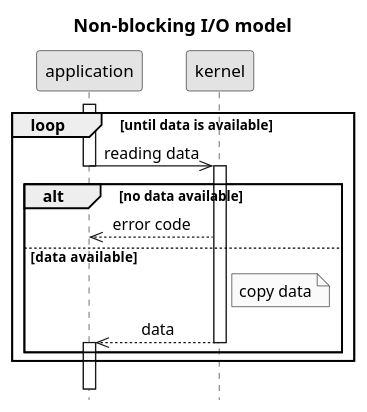
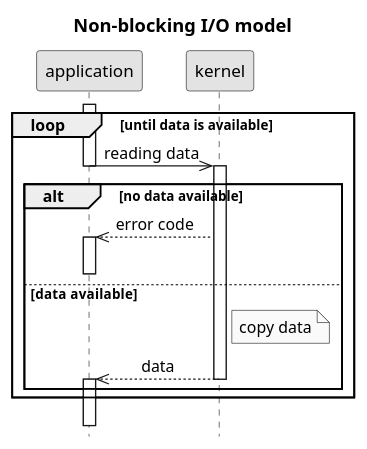
One commit to c0p4c4b4n4/demo-sockets-io-nio-nio2 changed the diagram in .images/non-blocking IO model.puml. Above: the diagram before and after it, drawn with PlantUML. The commit also changed 1 other file, not shown here.

```diff
--- a/.images/non-blocking IO model.puml
+++ b/.images/non-blocking IO model.puml
@@ -1,23 +1,25 @@
 @startuml
 title Non-blocking I/O model
 hide footbox
 skinparam monochrome true
 skinparam defaultFontName Microsoft Sans Serif
 skinparam titleFontSize 15
 skinparam sequenceMessageAlign center
 activate application
 loop until data is available
     application->>kernel: reading data
     deactivate application
     activate kernel
     alt no data available
         kernel-->>application: error code
+        activate application
+        deactivate application
     else data  available
         Note right of kernel: copy data
         kernel-->>application: data
         deactivate kernel
         activate application
     end
 end
 ||15||
 @enduml
```
